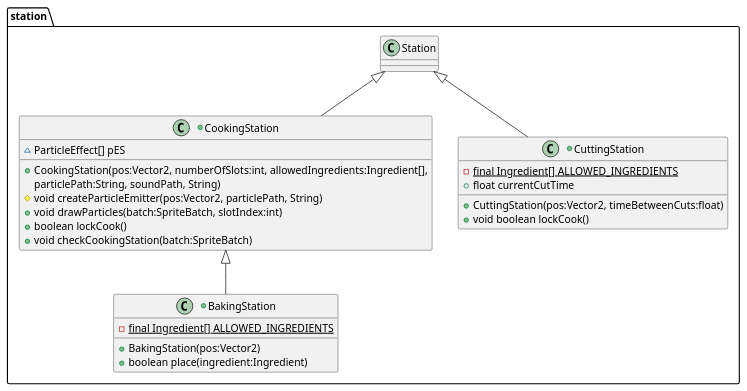
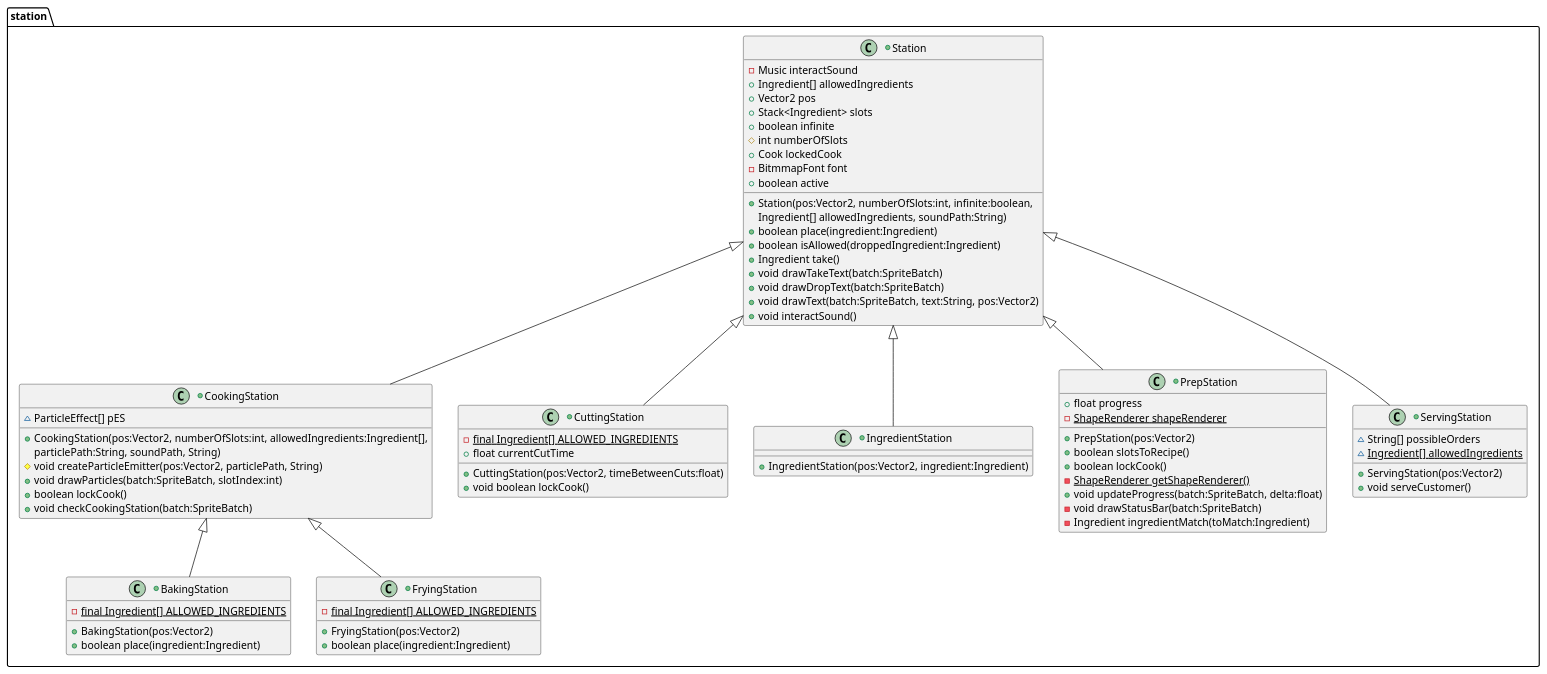
One commit to decassociation/project_eng1_team3 changed the diagram in UMLDiagrams/station_package.puml. Above: the diagram before and after it, drawn with PlantUML.

Commit message:
Worked on station_package.puml; almost finished it.

```diff
--- a/UMLDiagrams/station_package.puml
+++ b/UMLDiagrams/station_package.puml
@@ -1,31 +1,81 @@
 @startuml
 'https://plantuml.com/class-diagram
 
 package "station"{
 
 +class BakingStation extends CookingStation{
 -{static} final Ingredient[] ALLOWED_INGREDIENTS
 +BakingStation(pos:Vector2)
 +boolean place(ingredient:Ingredient)
 }
 
 +class CookingStation extends Station{
 ~ParticleEffect[] pES
 +CookingStation(pos:Vector2, numberOfSlots:int, allowedIngredients:Ingredient[],
  particlePath:String, soundPath, String)
 #void createParticleEmitter(pos:Vector2, particlePath, String)
 +void drawParticles(batch:SpriteBatch, slotIndex:int)
 +boolean lockCook()
 +void checkCookingStation(batch:SpriteBatch)
 }
 
 +class CuttingStation extends Station{
 -{static} final Ingredient[] ALLOWED_INGREDIENTS
 +float currentCutTime
 +CuttingStation(pos:Vector2, timeBetweenCuts:float)
 +void boolean lockCook()
 }
 
++class FryingStation extends CookingStation{
+-{static} final Ingredient[] ALLOWED_INGREDIENTS
++FryingStation(pos:Vector2)
++boolean place(ingredient:Ingredient)
+}
+
++class IngredientStation extends Station{
++IngredientStation(pos:Vector2, ingredient:Ingredient)
+}
+
++class PrepStation extends Station{
++float progress
+-{static} ShapeRenderer shapeRenderer
++PrepStation(pos:Vector2)
++boolean slotsToRecipe()
++boolean lockCook()
+-{static} ShapeRenderer getShapeRenderer()
++void updateProgress(batch:SpriteBatch, delta:float)
+-void drawStatusBar(batch:SpriteBatch)
+-Ingredient ingredientMatch(toMatch:Ingredient)
+}
+
++class ServingStation extends Station{
+~String[] possibleOrders
+~{static} Ingredient[] allowedIngredients
++ServingStation(pos:Vector2)
++void serveCustomer()
+}
+
++class Station{
+-Music interactSound
++Ingredient[] allowedIngredients
++Vector2 pos
++Stack<Ingredient> slots
++boolean infinite
+#int numberOfSlots
++Cook lockedCook
+-BitmmapFont font
++boolean active
++Station(pos:Vector2, numberOfSlots:int, infinite:boolean,
+ Ingredient[] allowedIngredients, soundPath:String)
++boolean place(ingredient:Ingredient)
++boolean isAllowed(droppedIngredient:Ingredient)
++Ingredient take()
++void drawTakeText(batch:SpriteBatch)
++void drawDropText(batch:SpriteBatch)
++void drawText(batch:SpriteBatch, text:String, pos:Vector2)
++void interactSound()
+}
+
 }
 
 @enduml
```
